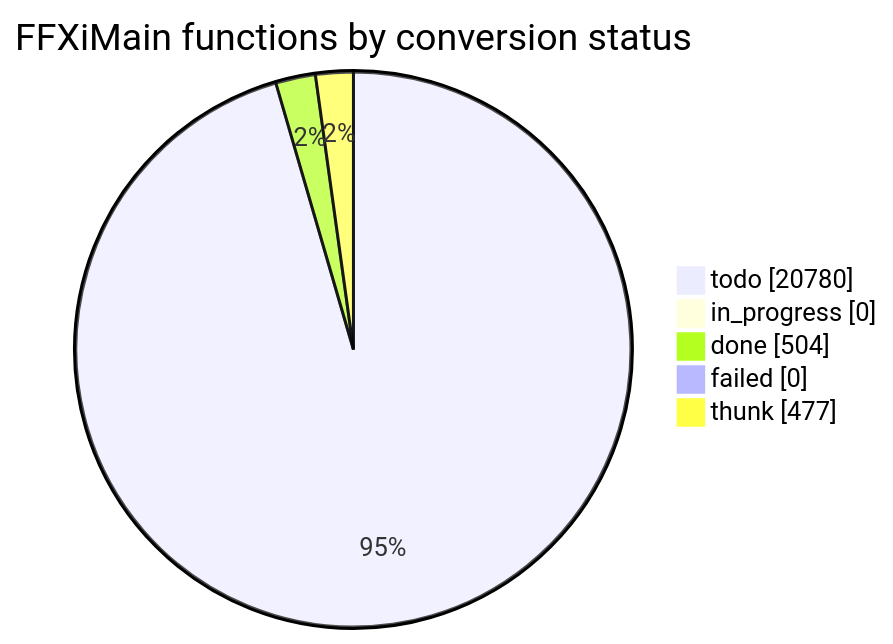
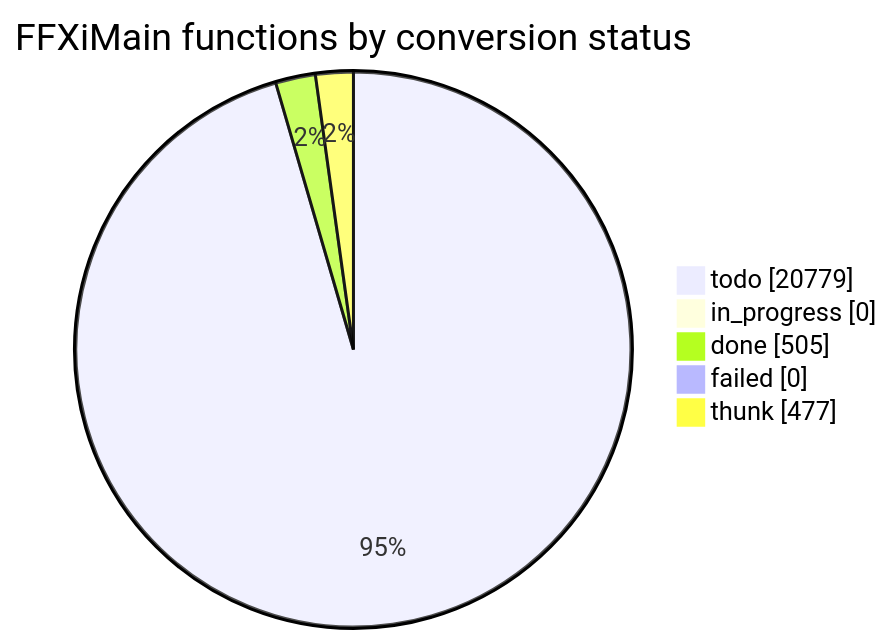
Before and after one commit to cowrevenge/cow_kuluu_xi_anything: the diagram in docs/cow/STATUS.md, drawn with Mermaid. The commit also changed other lines of this file and 9 other files, not shown here.

````diff
--- a/docs/cow/STATUS.md
+++ b/docs/cow/STATUS.md
@@ -18,9 +18,9 @@
 ```mermaid
 pie showData
     title FFXiMain functions by conversion status
-    "todo" : 20780
+    "todo" : 20779
     "in_progress" : 0
-    "done" : 504
+    "done" : 505
     "failed" : 0
     "thunk" : 477
 ```
````
